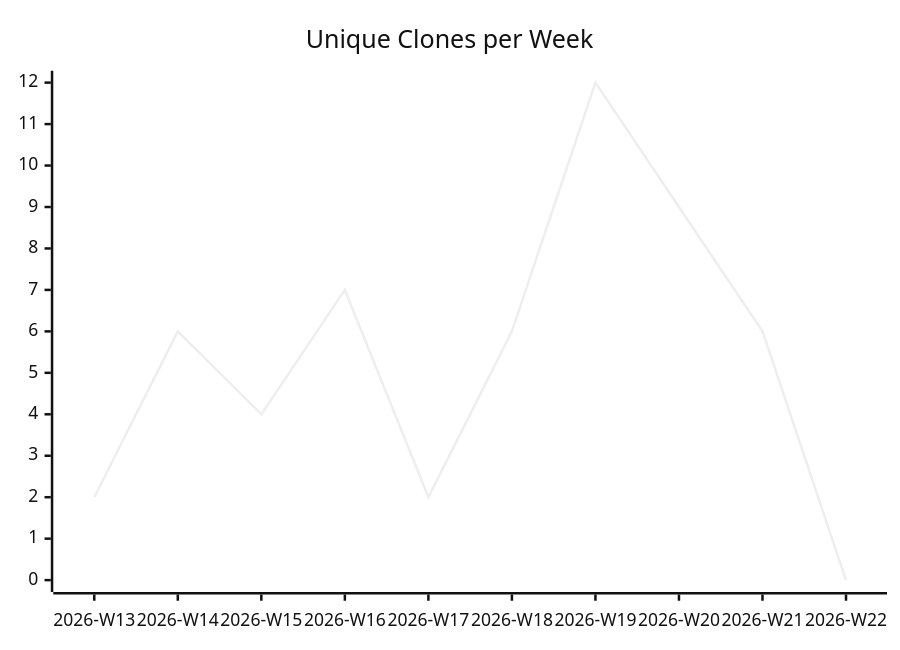
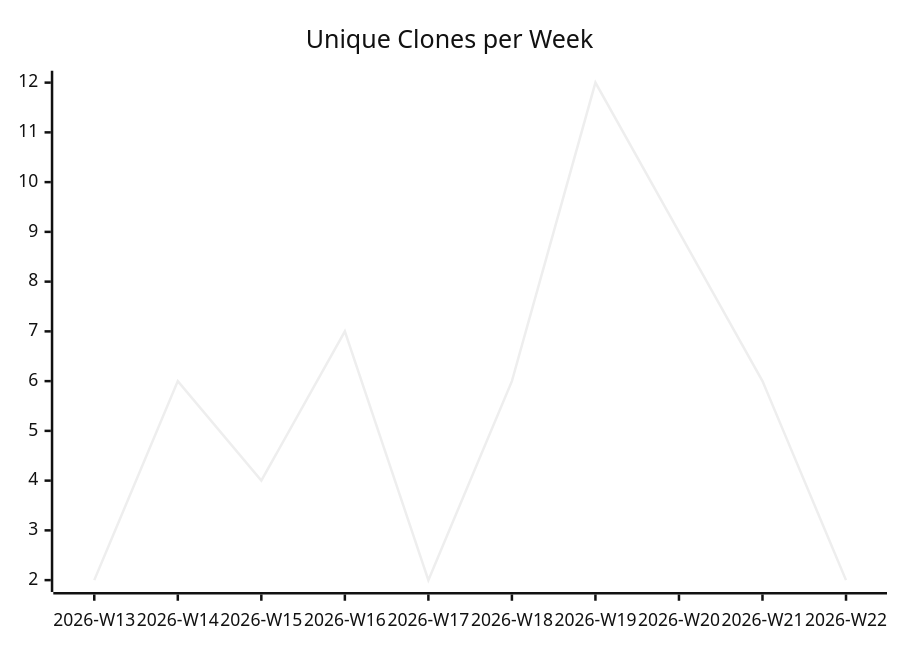
One commit to justdavis-family/github-analytics-data changed the third of 3 diagrams in karlmdavis/obsidian-operator/README.md. Above: the diagram before and after it, drawn with Mermaid (neutral theme). The commit also changed other lines of this file and 189 other files, not shown here.

````diff
--- a/karlmdavis/obsidian-operator/README.md
+++ b/karlmdavis/obsidian-operator/README.md
@@ -19,6 +19,6 @@
 ```mermaid
 xychart-beta
   title "Unique Clones per Week"
   x-axis ["2026-W13", "2026-W14", "2026-W15", "2026-W16", "2026-W17", "2026-W18", "2026-W19", "2026-W20", "2026-W21", "2026-W22"]
-  line [2, 6, 4, 7, 2, 6, 12, 9, 6, 0]
+  line [2, 6, 4, 7, 2, 6, 12, 9, 6, 2]
 ```
````
